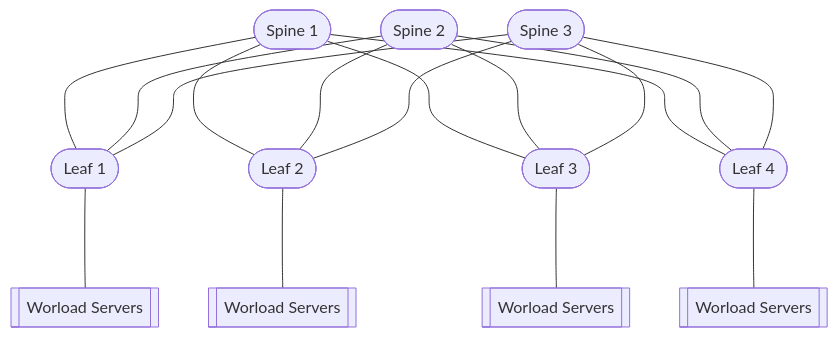
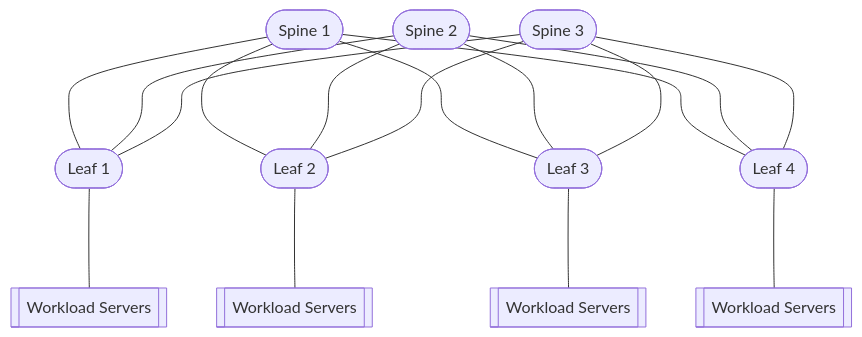
Before and after one commit to githedgehog/docs: the first of 2 diagrams in docs/faq/overview.md, drawn with Mermaid. The commit also changed other lines of this file, not shown here.

Commit message:
chore(faq): fix diagrams

````diff
--- a/docs/faq/overview.md
+++ b/docs/faq/overview.md
@@ -17,21 +17,21 @@
 ```mermaid
 graph TD
     S1([Spine 1])
     S2([Spine 2])
     S3([Spine 3])
     L1([Leaf 1])
     L2([Leaf 2])
     L3([Leaf 3])
     L4([Leaf 4])
-    WS1[[Worload Servers]]
-    WS2[[Worload Servers]]
-    WS3[[Worload Servers]]
-    WS4[[Worload Servers]]
+    WS1[[Workload Servers]]
+    WS2[[Workload Servers]]
+    WS3[[Workload Servers]]
+    WS4[[Workload Servers]]
 
     S1 & S2 & S3 ---- L1 & L2 & L3 & L4 
     L1 ---- WS1
     L2 ---- WS2
     L3 ---- WS3
     L4 ---- WS4
 
 ```
````
